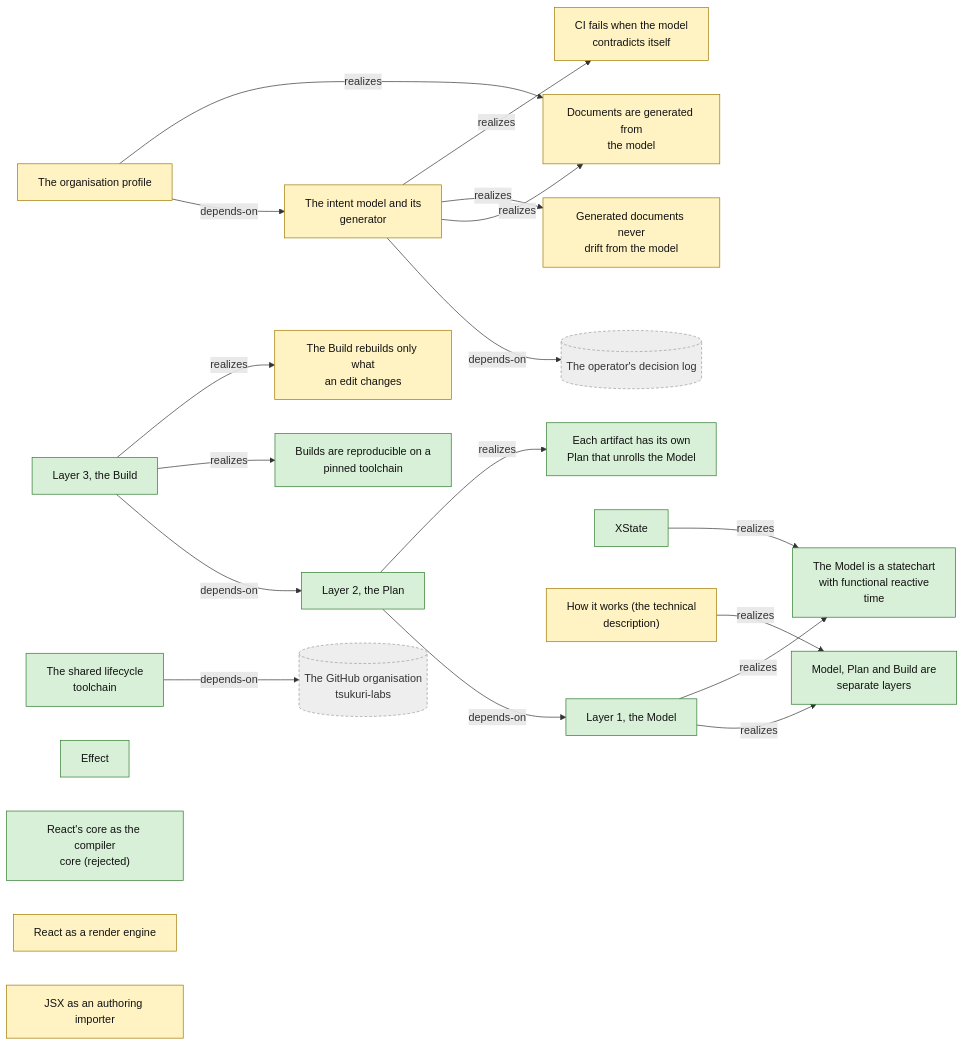
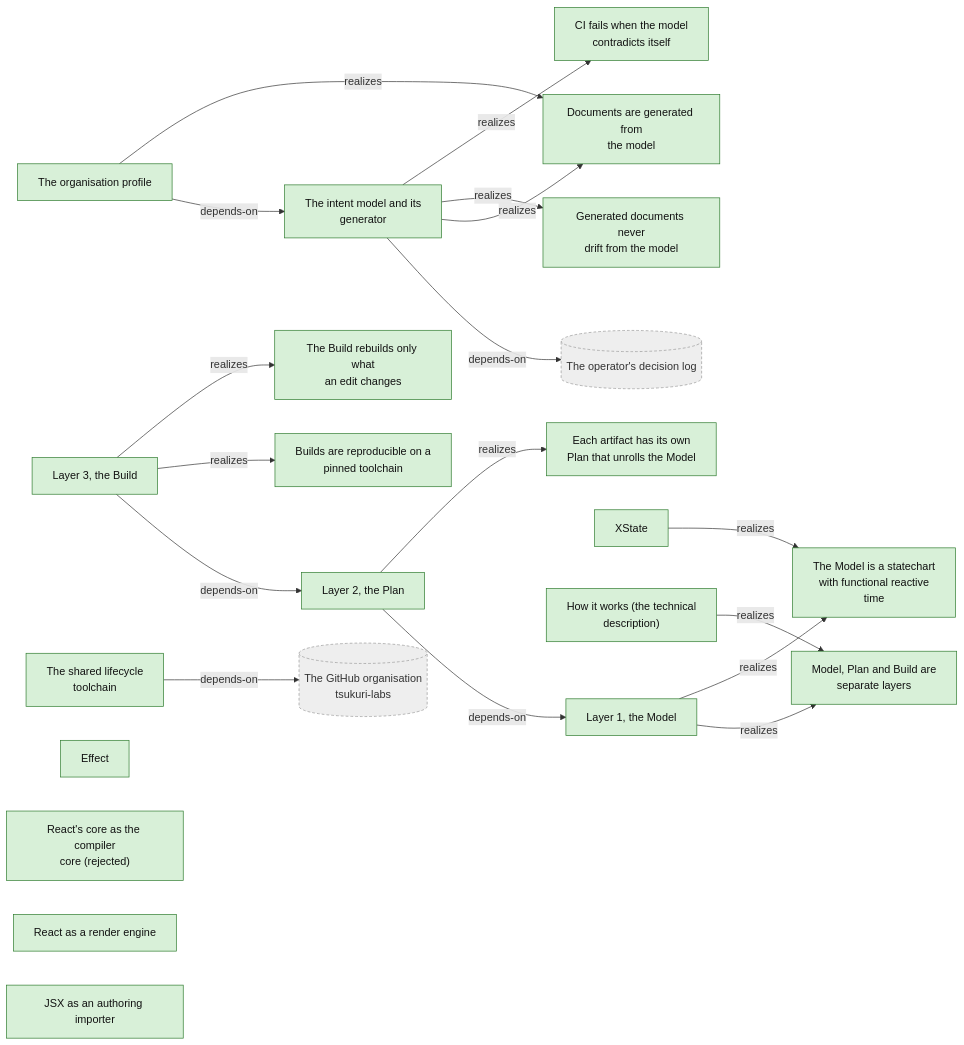
The first of 8 diagrams in docs/technical-components.md (reebeat/.github), drawn with Mermaid before and after one commit. The commit also changed other lines of this file and 43 other files, not shown here.

````diff
--- a/docs/technical-components.md
+++ b/docs/technical-components.md
@@ -13,45 +13,45 @@
 ```mermaid
 flowchart LR
     classDef decided fill:#d8f0d8,stroke:#2d7a2d,color:#111
     classDef proposed fill:#fff3c4,stroke:#a07800,color:#111
     classDef open fill:#f8d7d7,stroke:#a02020,color:#111
     classDef outside fill:#eee,stroke:#999,color:#333,stroke-dasharray:4 3
-    isgoal_org_docs_generated_from_model["Documents are generated from<br/>the model"]:::proposed
-    req_org_intent_checks["CI fails when the model<br/>contradicts itself"]:::proposed
-    req_org_model_drift["Generated documents never<br/>drift from the model"]:::proposed
-    comp_org_intent_model["The intent model and its<br/>generator"]:::proposed
-    comp_org_profile["The organisation profile"]:::proposed
+    isgoal_org_docs_generated_from_model["Documents are generated from<br/>the model"]:::decided
+    req_org_intent_checks["CI fails when the model<br/>contradicts itself"]:::decided
+    req_org_model_drift["Generated documents never<br/>drift from the model"]:::decided
+    comp_org_intent_model["The intent model and its<br/>generator"]:::decided
+    comp_org_profile["The organisation profile"]:::decided
     comp_org_lifecycle_toolchain["The shared lifecycle<br/>toolchain"]:::decided
     isgoal_org_three_layers["Model, Plan and Build are<br/>separate layers"]:::decided
     req_org_model_statechart_time["The Model is a statechart<br/>with functional reactive<br/>time"]:::decided
     req_org_plan_per_artifact["Each artifact has its own<br/>Plan that unrolls the Model"]:::decided
-    req_org_build_incremental["The Build rebuilds only what<br/>an edit changes"]:::proposed
+    req_org_build_incremental["The Build rebuilds only what<br/>an edit changes"]:::decided
     req_org_build_reproducible["Builds are reproducible on a<br/>pinned toolchain"]:::decided
     comp_org_layer_model["Layer 1, the Model"]:::decided
     comp_org_layer_plan["Layer 2, the Plan"]:::decided
     comp_org_layer_build["Layer 3, the Build"]:::decided
     comp_org_effect["Effect"]:::decided
     comp_org_xstate["XState"]:::decided
     comp_org_react_core_compiler["React's core as the compiler<br/>core (rejected)"]:::decided
-    comp_org_react_render_engine["React as a render engine"]:::proposed
-    comp_org_jsx_importer["JSX as an authoring importer"]:::proposed
-    comp_org_how_it_works["How it works (the technical<br/>description)"]:::proposed
+    comp_org_react_render_engine["React as a render engine"]:::decided
+    comp_org_jsx_importer["JSX as an authoring importer"]:::decided
+    comp_org_how_it_works["How it works (the technical<br/>description)"]:::decided
     resource_decision_log[("The operator's decision log")]:::outside
     resource_github_org[("The GitHub organisation<br/>tsukuri-labs")]:::outside
     comp_org_intent_model -->|realizes| req_org_intent_checks
     comp_org_intent_model -->|realizes| req_org_model_drift
     comp_org_intent_model -->|realizes| isgoal_org_docs_generated_from_model
     comp_org_intent_model -->|depends-on| resource_decision_log
     comp_org_profile -->|realizes| isgoal_org_docs_generated_from_model
     comp_org_profile -->|depends-on| comp_org_intent_model
     comp_org_lifecycle_toolchain -->|depends-on| resource_github_org
     comp_org_layer_model -->|realizes| req_org_model_statechart_time
     comp_org_layer_model -->|realizes| isgoal_org_three_layers
     comp_org_layer_plan -->|realizes| req_org_plan_per_artifact
     comp_org_layer_plan -->|depends-on| comp_org_layer_model
     comp_org_layer_build -->|realizes| req_org_build_incremental
     comp_org_layer_build -->|realizes| req_org_build_reproducible
     comp_org_layer_build -->|depends-on| comp_org_layer_plan
     comp_org_xstate -->|realizes| req_org_model_statechart_time
     comp_org_how_it_works -->|realizes| isgoal_org_three_layers
 ```
````
